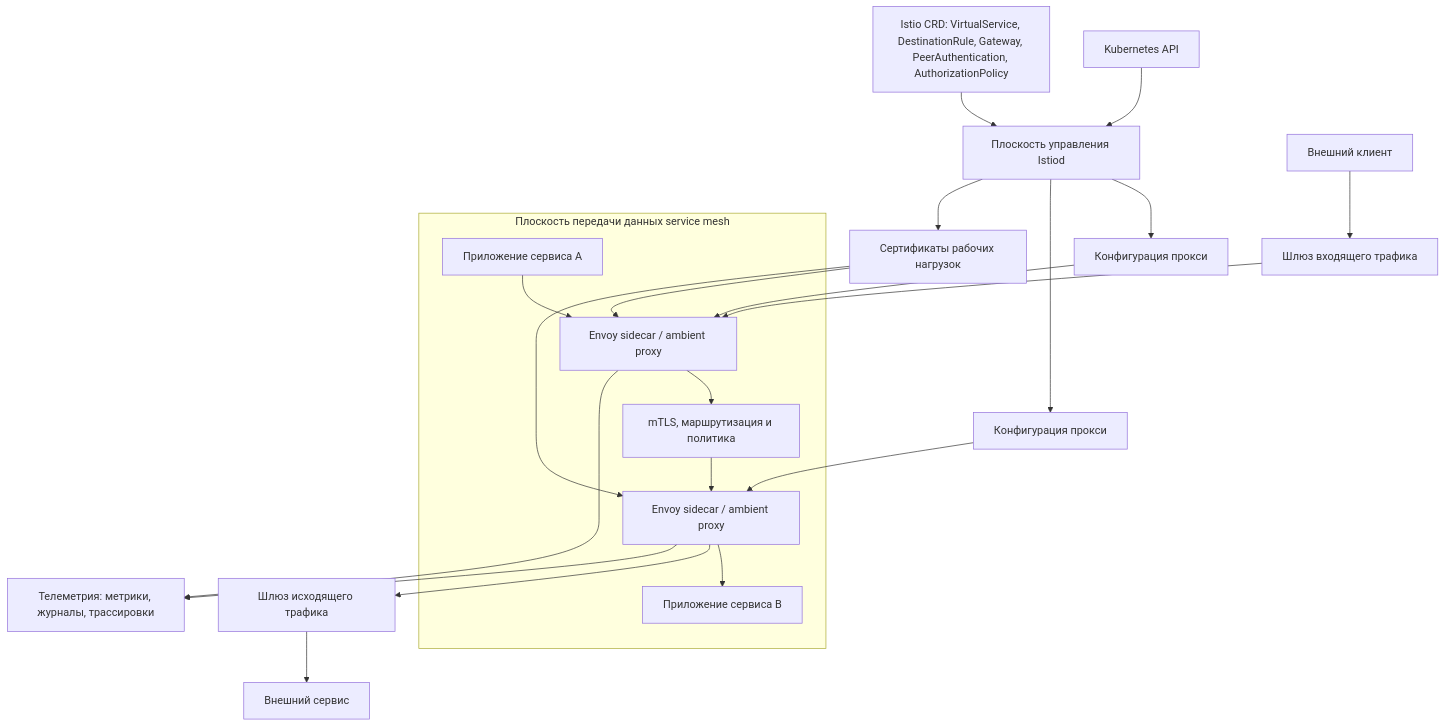
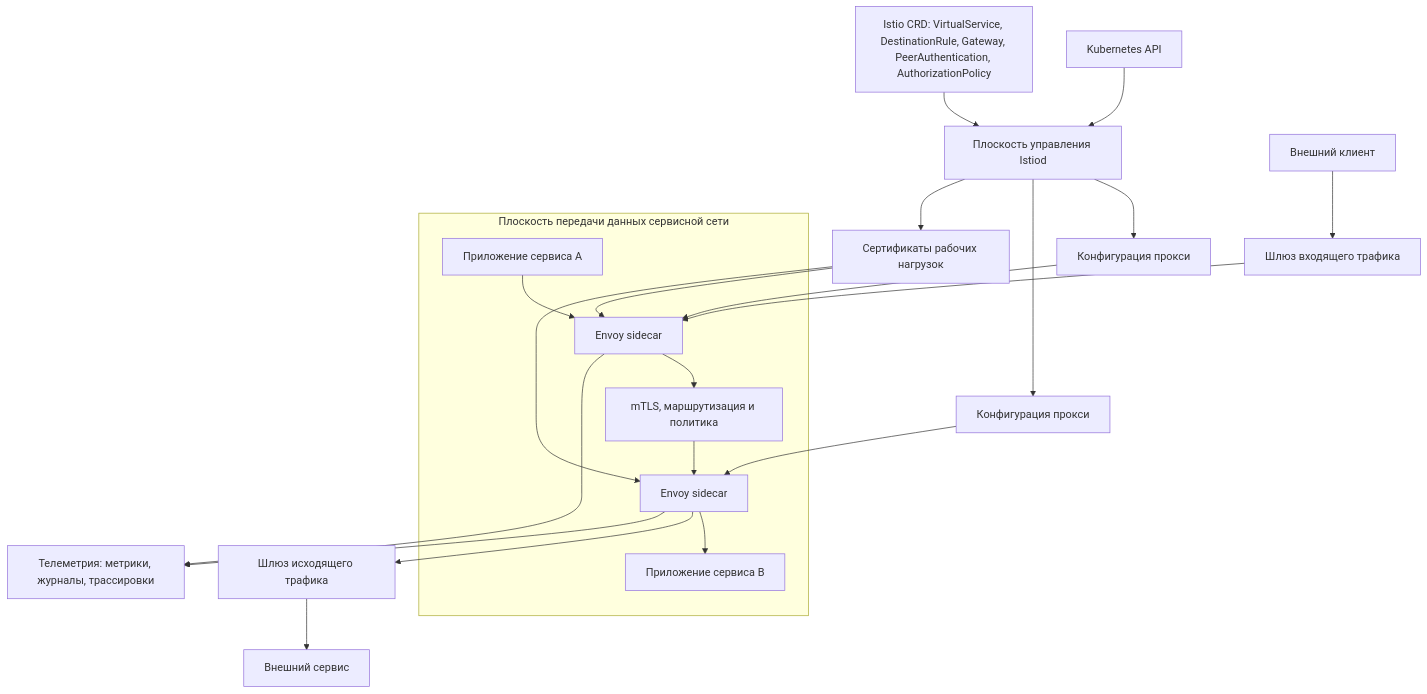
The ninth of 17 diagrams in reference/infrastructure-technologies/infrastructure-technologies.ru.md (defrixx/defrixx.github.io), drawn with Mermaid before and after one commit. The commit also changed other lines of this file and 149 other files, not shown here.

````diff
--- a/reference/infrastructure-technologies/infrastructure-technologies.ru.md
+++ b/reference/infrastructure-technologies/infrastructure-technologies.ru.md
@@ -573,28 +680,28 @@
 ```mermaid
 flowchart TB
   K8sAPI["Kubernetes API"] --> Istiod["Плоскость управления Istiod"]
   IstioCRD["Istio CRD: VirtualService, DestinationRule, Gateway, PeerAuthentication, AuthorizationPolicy"] --> Istiod
   Istiod --> ConfigA["Конфигурация прокси"]
   Istiod --> ConfigB["Конфигурация прокси"]
   Istiod --> Certs["Сертификаты рабочих нагрузок"]
 
-  subgraph Mesh["Плоскость передачи данных service mesh"]
-    ServiceA["Приложение сервиса A"] --> EnvoyA["Envoy sidecar / ambient proxy"]
+  subgraph Mesh["Плоскость передачи данных сервисной сети"]
+    ServiceA["Приложение сервиса A"] --> EnvoyA["Envoy sidecar"]
     EnvoyA --> MTLS["mTLS, маршрутизация и политика"]
-    MTLS --> EnvoyB["Envoy sidecar / ambient proxy"]
+    MTLS --> EnvoyB["Envoy sidecar"]
     EnvoyB --> ServiceB["Приложение сервиса B"]
   end
 
   ConfigA --> EnvoyA
   ConfigB --> EnvoyB
   Certs --> EnvoyA
   Certs --> EnvoyB
 
   External["Внешний клиент"] --> IngressGW["Шлюз входящего трафика"]
   IngressGW --> EnvoyA
   EnvoyB --> EgressGW["Шлюз исходящего трафика"]
   EgressGW --> ExternalAPI["Внешний сервис"]
 
   EnvoyA --> Telemetry["Телеметрия: метрики, журналы, трассировки"]
   EnvoyB --> Telemetry
 ```
````
